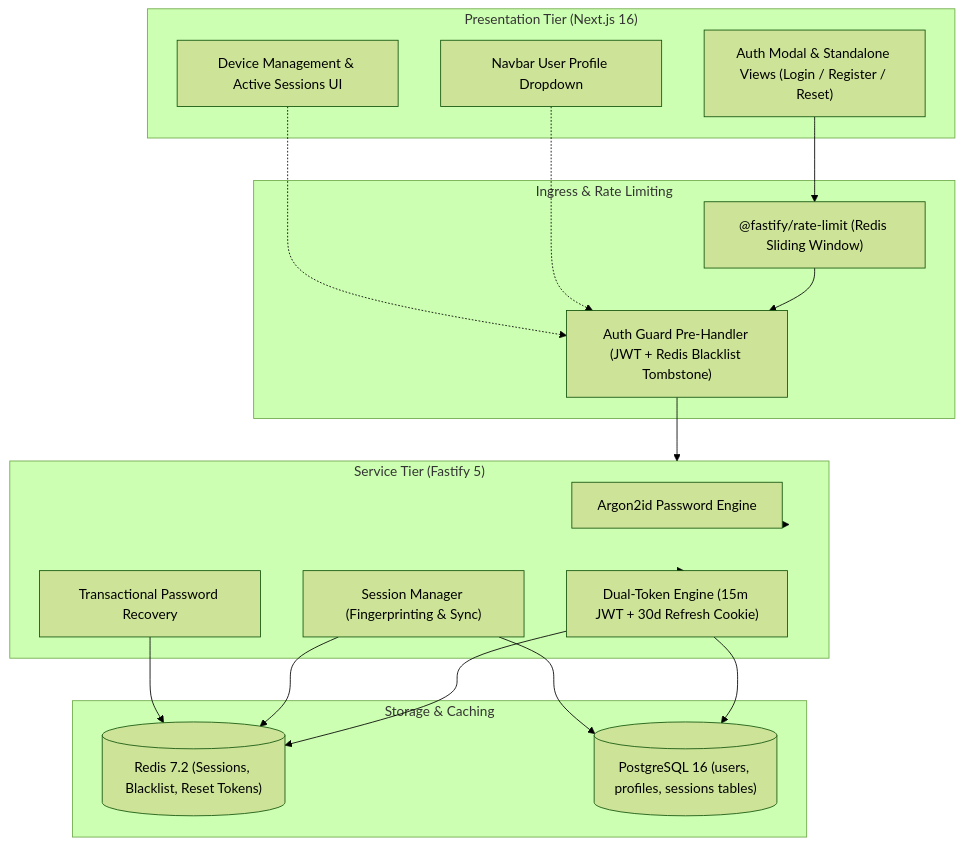
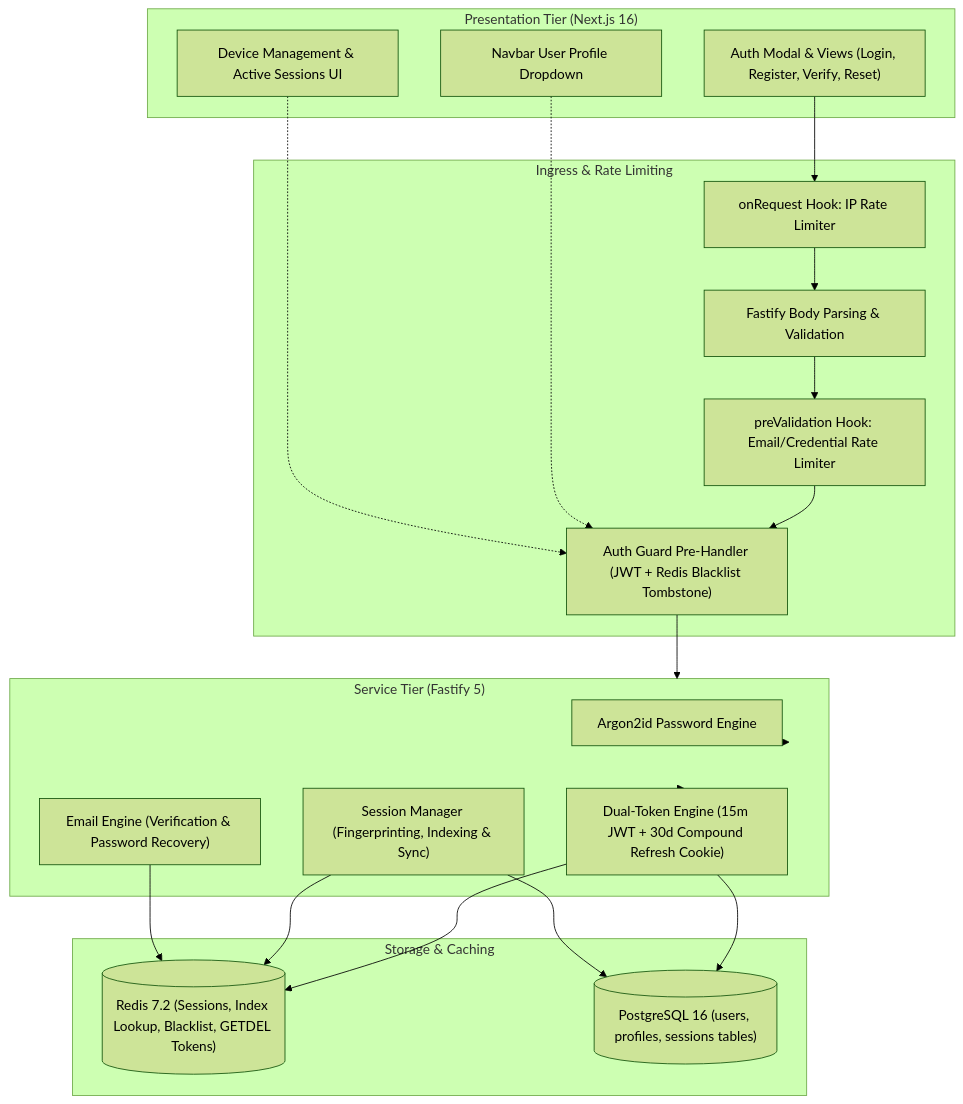
Before and after one commit to hrutavmodha/smex-store: the first of 5 diagrams in docs/internal/design/lld/auth-and-sessions.md, drawn with Mermaid (forest theme). The commit also changed other lines of this file and 25 other files, not shown here.

````diff
--- a/docs/internal/design/lld/auth-and-sessions.md
+++ b/docs/internal/design/lld/auth-and-sessions.md
@@ -7,38 +7,42 @@
 ```mermaid
 flowchart TD
     subgraph Client["Presentation Tier (Next.js 16)"]
-        AUTH_UI["Auth Modal & Standalone Views (Login / Register / Reset)"]
+        AUTH_UI["Auth Modal & Views (Login, Register, Verify, Reset)"]
         NAV_USER["Navbar User Profile Dropdown"]
         SETTINGS["Device Management & Active Sessions UI"]
     end
 
     subgraph Gateway["Ingress & Rate Limiting"]
-        RATE["@fastify/rate-limit (Redis Sliding Window)"]
+        RATE_IP["onRequest Hook: IP Rate Limiter"]
+        BODY_PARSE["Fastify Body Parsing & Validation"]
+        RATE_EMAIL["preValidation Hook: Email/Credential Rate Limiter"]
         GUARD["Auth Guard Pre-Handler (JWT + Redis Blacklist Tombstone)"]
     end
 
     subgraph Service["Service Tier (Fastify 5)"]
         ARGON["Argon2id Password Engine"]
-        TOKEN["Dual-Token Engine (15m JWT + 30d Refresh Cookie)"]
-        SESSION_SVC["Session Manager (Fingerprinting & Sync)"]
-        EMAIL_SVC["Transactional Password Recovery"]
+        TOKEN["Dual-Token Engine (15m JWT + 30d Compound Refresh Cookie)"]
+        SESSION_SVC["Session Manager (Fingerprinting, Indexing & Sync)"]
+        EMAIL_SVC["Email Engine (Verification & Password Recovery)"]
     end
 
     subgraph Persistence["Storage & Caching"]
-        REDIS[("Redis 7.2 (Sessions, Blacklist, Reset Tokens)")]
+        REDIS[("Redis 7.2 (Sessions, Index Lookup, Blacklist, GETDEL Tokens)")]
         PG[("PostgreSQL 16 (users, profiles, sessions tables)")]
     end
 
-    AUTH_UI --> RATE
-    RATE --> GUARD
+    AUTH_UI --> RATE_IP
+    RATE_IP --> BODY_PARSE
+    BODY_PARSE --> RATE_EMAIL
+    RATE_EMAIL --> GUARD
     GUARD --> Service
     Service --> ARGON
     Service --> TOKEN
     TOKEN --> REDIS
     TOKEN --> PG
     SESSION_SVC --> REDIS
     SESSION_SVC --> PG
     EMAIL_SVC --> REDIS
     NAV_USER -.-> GUARD
     SETTINGS -.-> GUARD
 ```
````
